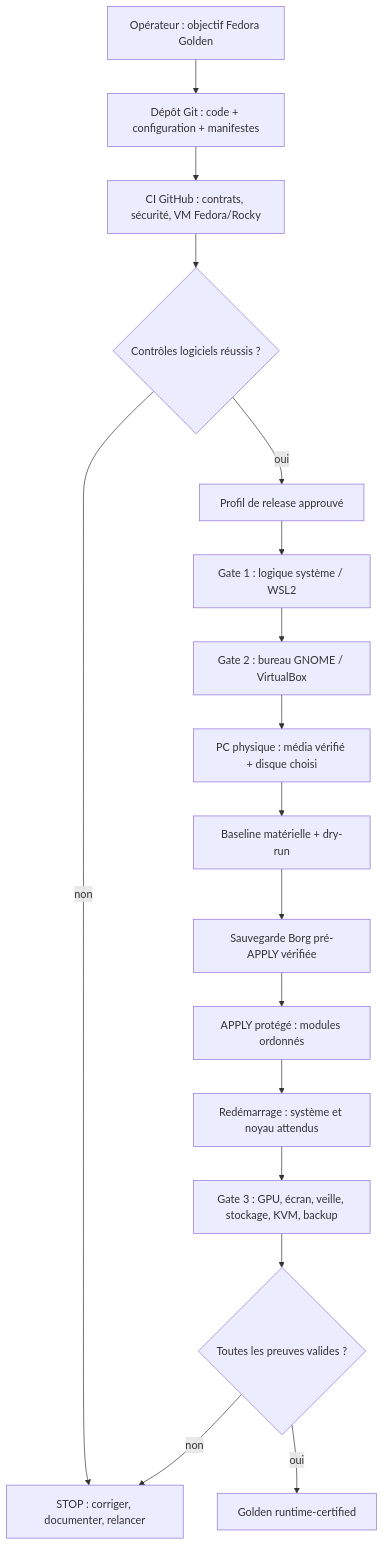
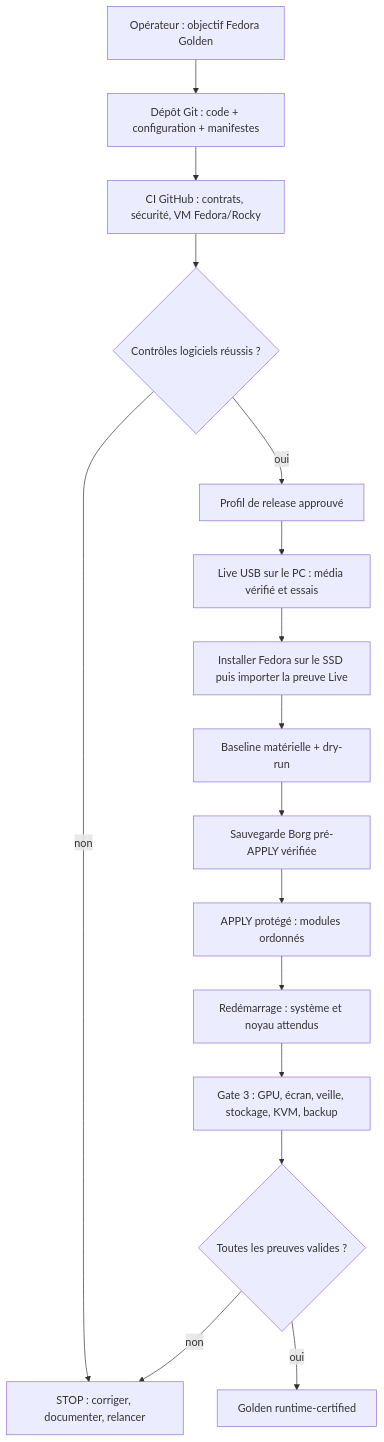
The first of 3 diagrams in docs/ARCHITECTURE_PEDAGOGIQUE.md (mathiasseguincadiche/FEDORA_GNOME_CUSTOM), drawn with Mermaid before and after one commit. The commit also changed other lines of this file and 146 other files, not shown here.

Commit message:
Adopter les tests Live USB natifs et retirer le profil Windows 11

````diff
--- a/docs/ARCHITECTURE_PEDAGOGIQUE.md
+++ b/docs/ARCHITECTURE_PEDAGOGIQUE.md
@@ -25,19 +25,18 @@
 ```mermaid
 flowchart TD
   U["Opérateur : objectif Fedora Golden"] --> R["Dépôt Git : code + configuration + manifestes"]
   R --> CI["CI GitHub : contrats, sécurité, VM Fedora/Rocky"]
   CI --> Q{"Contrôles logiciels réussis ?"}
   Q -- non --> STOP["STOP : corriger, documenter, relancer"]
   Q -- oui --> PROF["Profil de release approuvé"]
-  PROF --> G1["Gate 1 : logique système / WSL2"]
-  G1 --> G2["Gate 2 : bureau GNOME / VirtualBox"]
-  G2 --> P["PC physique : média vérifié + disque choisi"]
+  PROF --> LIVE["Live USB sur le PC : média vérifié et essais"]
+  LIVE --> P["Installer Fedora sur le SSD puis importer la preuve Live"]
   P --> B["Baseline matérielle + dry-run"]
   B --> SAVE["Sauvegarde Borg pré-APPLY vérifiée"]
   SAVE --> APPLY["APPLY protégé : modules ordonnés"]
   APPLY --> BOOT["Redémarrage : système et noyau attendus"]
   BOOT --> G3["Gate 3 : GPU, écran, veille, stockage, KVM, backup"]
   G3 --> V{"Toutes les preuves valides ?"}
   V -- non --> STOP
   V -- oui --> GOLD["Golden runtime-certified"]
 ```
````
